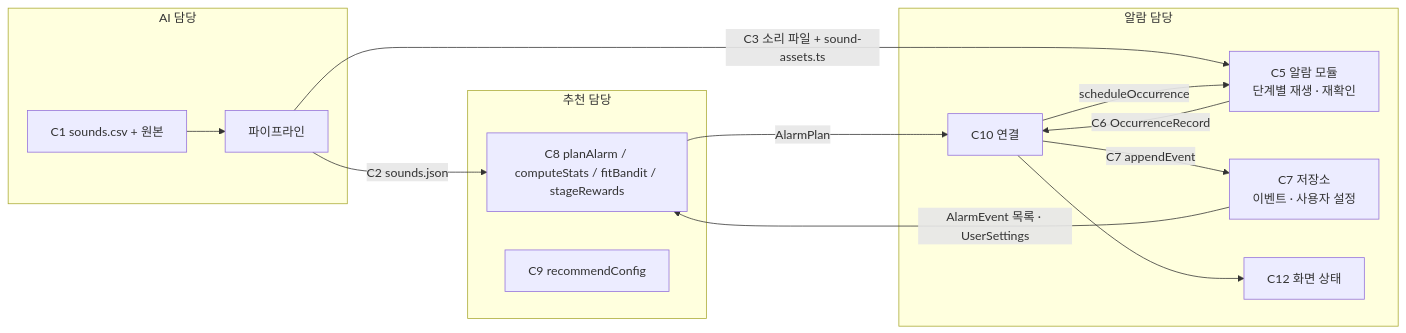
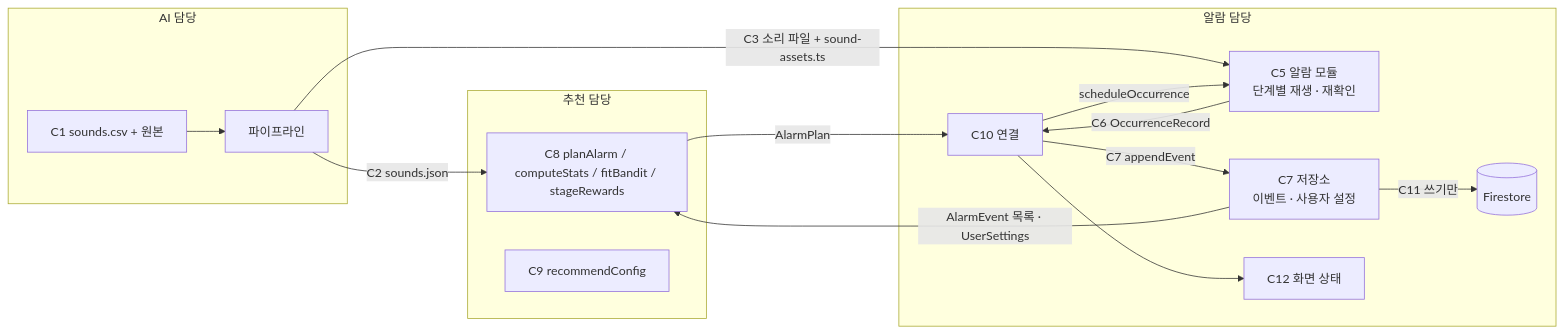
Before and after one commit to lyw012012-cpu/appa-anjanda: the diagram in docs/context/contracts.md, drawn with Mermaid. The commit also changed other lines of this file and 5 other files, not shown here.

````diff
--- a/docs/context/contracts.md
+++ b/docs/context/contracts.md
@@ -16,20 +16,21 @@
 ```mermaid
 flowchart LR
   subgraph C[AI 담당]
     C1[C1 sounds.csv + 원본] --> PIPE[파이프라인]
   end
   PIPE -->|C2 sounds.json| B8
   PIPE -->|C3 소리 파일 + sound-assets.ts| A5
   subgraph B[추천 담당]
     B8[C8 planAlarm / computeStats / fitBandit / stageRewards]
     B9[C9 recommendConfig]
   end
   subgraph A[알람 담당]
     A5[C5 알람 모듈<br/>단계별 재생 · 재확인] -->|C6 OccurrenceRecord| A10[C10 연결]
     A10 -->|C7 appendEvent| A7[C7 저장소<br/>이벤트 · 사용자 설정]
+    A7 -->|C11 쓰기만| FS[(Firestore)]
     A10 --> A12[C12 화면 상태]
   end
   A7 -->|AlarmEvent 목록 · UserSettings| B8
   B8 -->|AlarmPlan| A10
   A10 -->|scheduleOccurrence| A5
 ```
````
